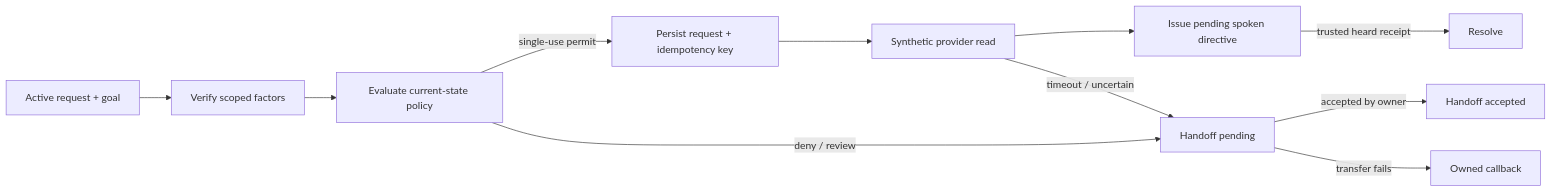
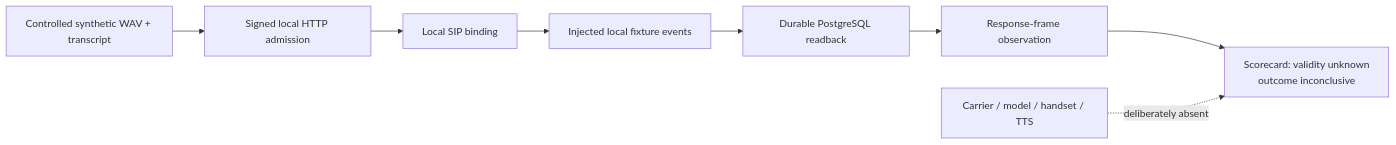
One commit to namankumar/voice-sms-operations changed the diagram in README.md. Above: the diagram before and after it, drawn with Mermaid. The commit also changed other lines of this file and 158 other files, not shown here.

````diff
--- a/README.md
+++ b/README.md
@@ -9,13 +9,11 @@
 ```mermaid
 flowchart LR
-  A[Active request + goal] --> B[Verify scoped factors]
-  B --> C[Evaluate current-state policy]
-  C -->|single-use permit| D[Persist request + idempotency key]
-  D --> E[Synthetic provider read]
-  E --> F[Issue pending spoken directive]
-  F -->|trusted heard receipt| G[Resolve]
-  C -->|deny / review| H[Handoff pending]
-  E -->|timeout / uncertain| H
-  H -->|accepted by owner| I[Handoff accepted]
-  H -->|transfer fails| J[Owned callback]
+  A[Controlled synthetic WAV + transcript] --> B[Signed local HTTP admission]
+  B --> C[Local SIP binding]
+  C --> D[Injected local fixture events]
+  D --> E[Durable PostgreSQL readback]
+  E --> F[Response-frame observation]
+  F --> G[Scorecard: validity unknown
+outcome inconclusive]
+  H[Carrier / model / handset / TTS] -. deliberately absent .-> G
 ```
````
